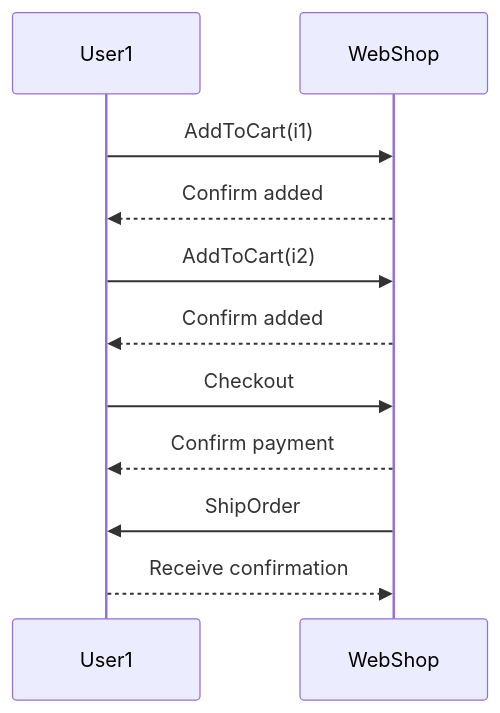
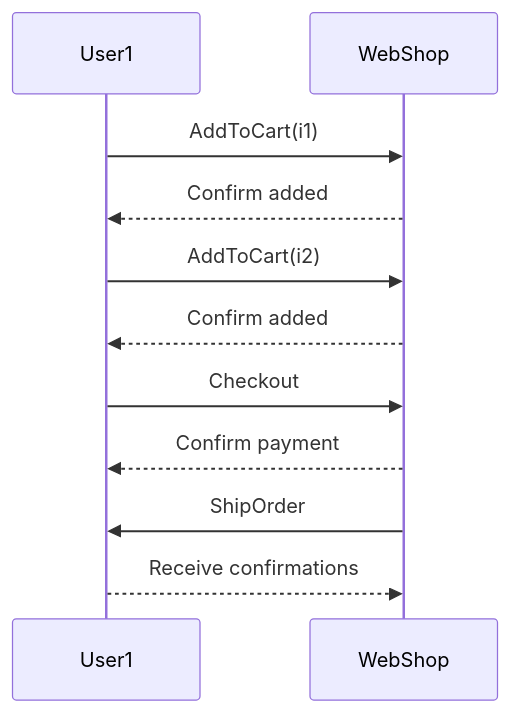
One commit to Feyerabend/bb changed the first of 2 diagrams in workbook/ch06/sec/paradigm/modern/SAMPLE.md. Above: the diagram before and after it, drawn with Mermaid. The commit also changed other lines of this file, not shown here.

````diff
--- a/workbook/ch06/sec/paradigm/modern/SAMPLE.md
+++ b/workbook/ch06/sec/paradigm/modern/SAMPLE.md
@@ -58,15 +58,15 @@
 ```mermaid
 sequenceDiagram
     participant U1 as User1
     participant WS as WebShop
 
     %% Scenario: add i1, add i2, checkout, ship order
     U1->>WS: AddToCart(i1)
     WS-->>U1: Confirm added
     U1->>WS: AddToCart(i2)
     WS-->>U1: Confirm added
     U1->>WS: Checkout
     WS-->>U1: Confirm payment
     WS->>U1: ShipOrder
-    U1-->>WS: Receive confirmation
+    U1-->>WS: Receive confirmations
 ```
````
